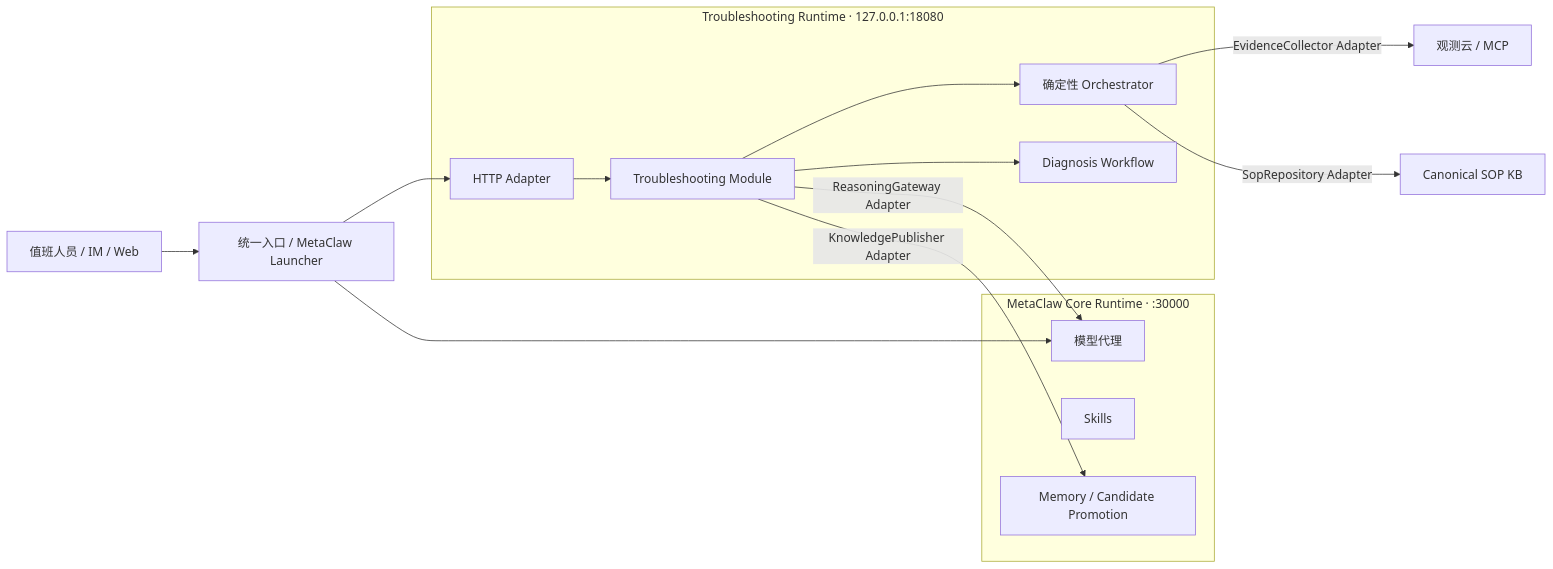
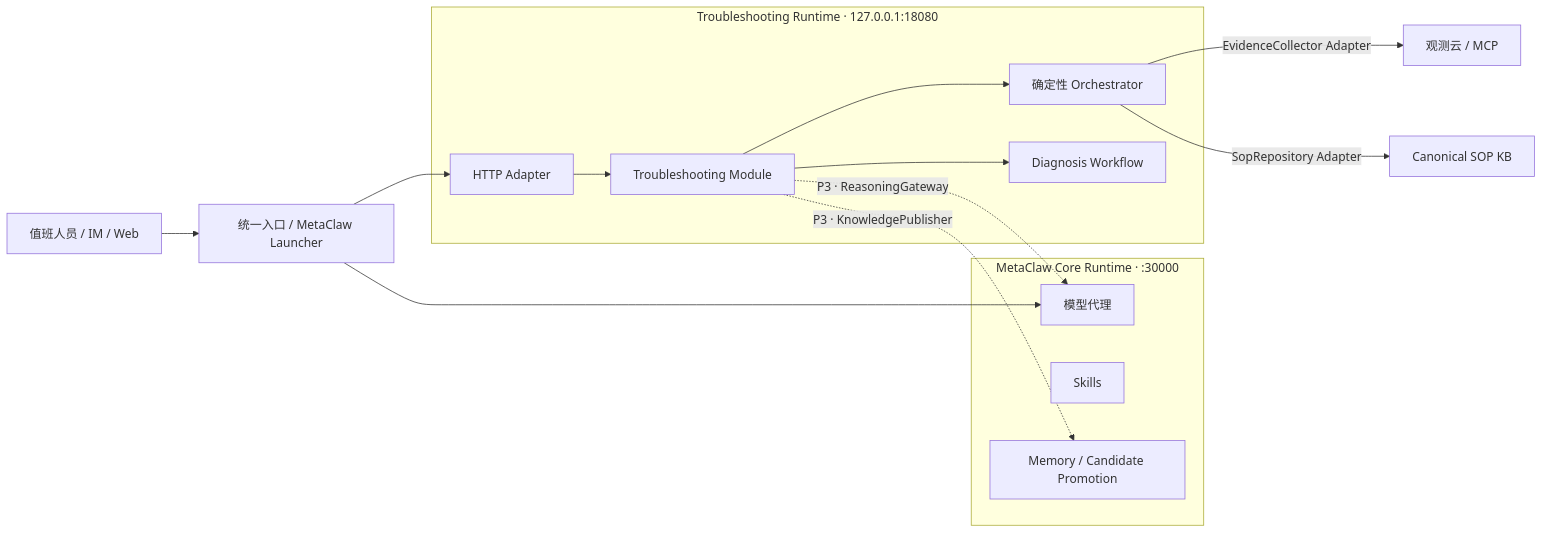
One commit to webonne/MetaClaw changed the diagram in docs/intelligent-troubleshooting/metaclaw-integration-design.md. Above: the diagram before and after it, drawn with Mermaid. The commit also changed other lines of this file and 13 other files, not shown here.

````diff
--- a/docs/intelligent-troubleshooting/metaclaw-integration-design.md
+++ b/docs/intelligent-troubleshooting/metaclaw-integration-design.md
@@ -44,27 +44,27 @@
 ```mermaid
 flowchart LR
     U["值班人员 / IM / Web"] --> G["统一入口 / MetaClaw Launcher"]
 
     subgraph M["MetaClaw Core Runtime · :30000"]
       P["模型代理"]
       S["Skills"]
       MEM["Memory / Candidate Promotion"]
     end
 
     subgraph T["Troubleshooting Runtime · 127.0.0.1:18080"]
       H["HTTP Adapter"]
       TM["Troubleshooting Module"]
       O["确定性 Orchestrator"]
       W["Diagnosis Workflow"]
       H --> TM
       TM --> O
       TM --> W
     end
 
     G --> P
     G --> H
-    TM -->|"ReasoningGateway Adapter"| P
-    TM -->|"KnowledgePublisher Adapter"| MEM
+    TM -.->|"P3 · ReasoningGateway"| P
+    TM -.->|"P3 · KnowledgePublisher"| MEM
     O -->|"EvidenceCollector Adapter"| DQL["观测云 / MCP"]
     O -->|"SopRepository Adapter"| KB["Canonical SOP KB"]
 ```
````
